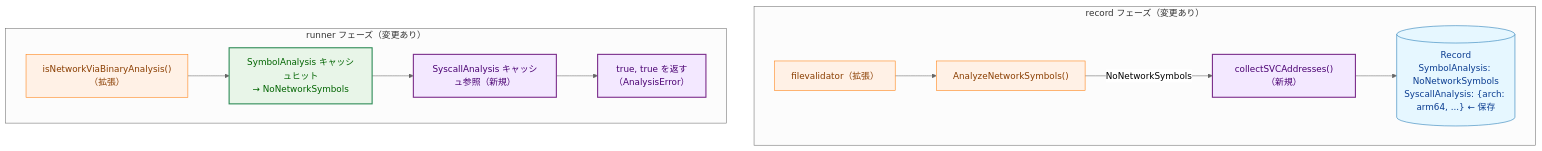
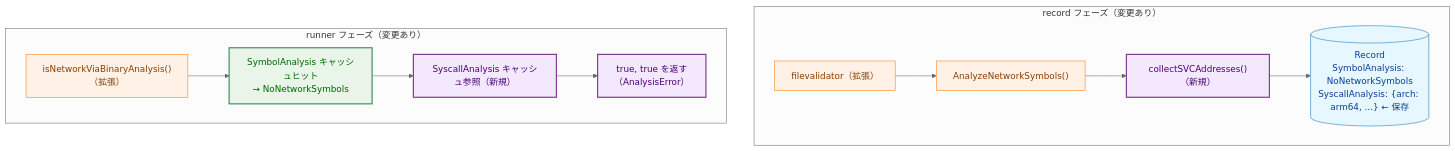
Before and after one commit to isseis/go-safe-cmd-runner: the fourth of 8 diagrams in docs/tasks/0097_macho_arm64_syscall_analysis/02_architecture.md, drawn with Mermaid (neutral theme). The commit also changed other lines of this file and 3 other files, not shown here.

````diff
--- a/docs/tasks/0097_macho_arm64_syscall_analysis/02_architecture.md
+++ b/docs/tasks/0097_macho_arm64_syscall_analysis/02_architecture.md
@@ -121,32 +121,32 @@
 ```mermaid
 flowchart TB
     classDef data fill:#e6f7ff,stroke:#1f77b4,stroke-width:1px,color:#0b3d91;
     classDef process fill:#fff1e6,stroke:#ff7f0e,stroke-width:1px,color:#8a3e00;
     classDef enhanced fill:#e8f5e8,stroke:#2e8b57,stroke-width:2px,color:#006400;
     classDef new fill:#f3e8ff,stroke:#7b2d8b,stroke-width:2px,color:#4a0072;
 
     subgraph RecordPhase["record フェーズ（変更あり）"]
         FV2["filevalidator（拡張）"]
         BA2["AnalyzeNetworkSymbols()"]
         SVC2["collectSVCAddresses()（新規）"]
         STORE2[("Record<br>SymbolAnalysis: NoNetworkSymbols<br>SyscallAnalysis: {arch: arm64, ...} ← 保存")]
     end
 
     subgraph RunnerPhase["runner フェーズ（変更あり）"]
         NA2["isNetworkViaBinaryAnalysis()（拡張）"]
         SYMHIT2["SymbolAnalysis キャッシュヒット<br>→ NoNetworkSymbols"]
         SVCCHECK["SyscallAnalysis キャッシュ参照（新規）"]
         BLOCK["true, true を返す<br>（AnalysisError）"]
     end
 
     FV2 --> BA2
-    BA2 -->|"NoNetworkSymbols"| SVC2
+    BA2 --> SVC2
     SVC2 --> STORE2
 
     NA2 --> SYMHIT2 --> SVCCHECK --> BLOCK
 
     class STORE2 data;
     class FV2,BA2,NA2 process;
     class SYMHIT2 enhanced;
     class SVC2,SVCCHECK,BLOCK new;
 ```
````
